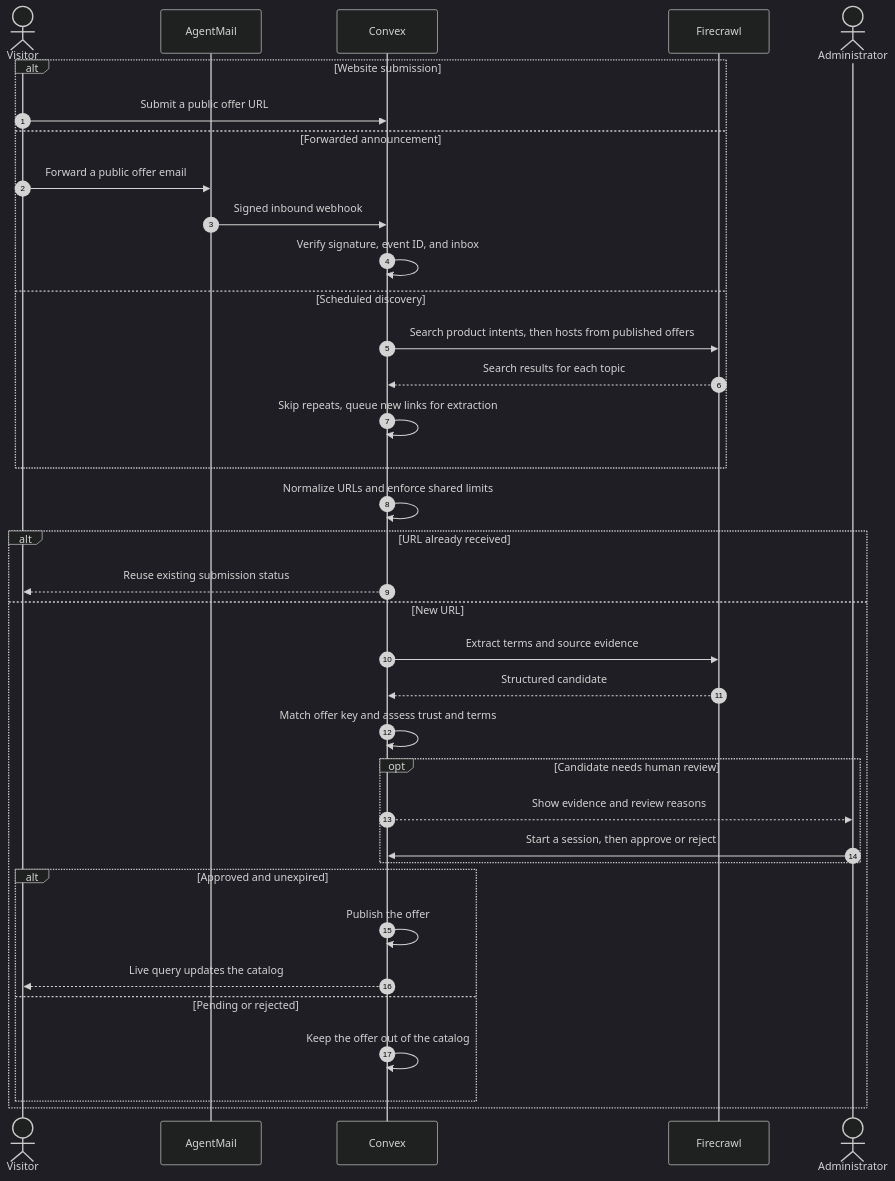
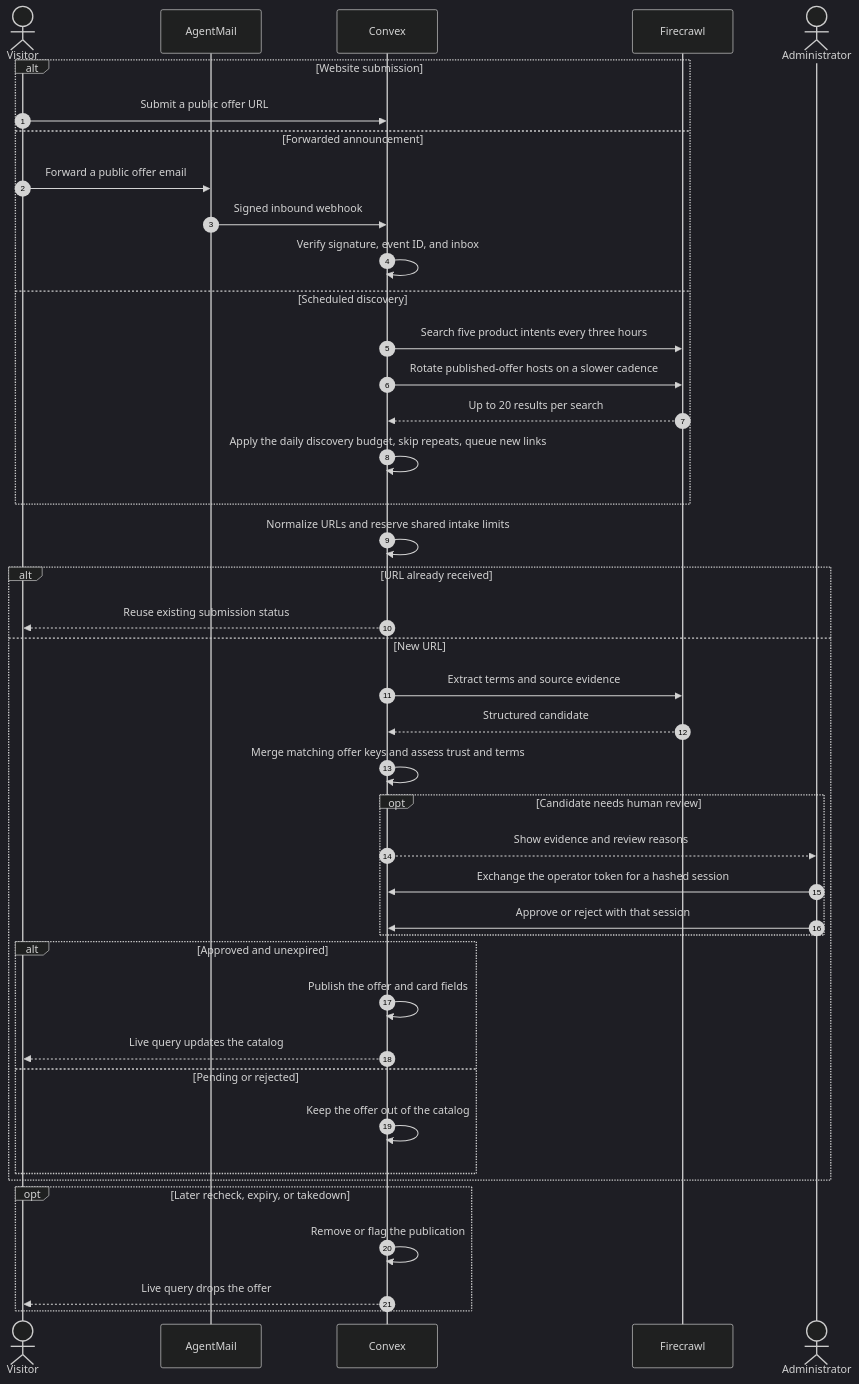
The second of 2 diagrams in README.md (sansynx/perkdrop-click), drawn with Mermaid (dark theme) before and after one commit. The commit also changed other lines of this file and 3 other files, not shown here.

Commit message:
Fix CI formatting and align intake diagrams.

````diff
--- a/README.md
+++ b/README.md
@@ -10,38 +23,44 @@
 ```mermaid
 sequenceDiagram
     autonumber
     actor Visitor
     participant Mail as AgentMail
     participant Backend as Convex
     participant Crawler as Firecrawl
     actor Admin as Administrator
     alt Website submission
         Visitor->>Backend: Submit a public offer URL
     else Forwarded announcement
         Visitor->>Mail: Forward a public offer email
         Mail->>Backend: Signed inbound webhook
         Backend->>Backend: Verify signature, event ID, and inbox
     else Scheduled discovery
-        Backend->>Crawler: Search product intents, then hosts from published offers
-        Crawler-->>Backend: Search results for each topic
-        Backend->>Backend: Skip repeats, queue new links for extraction
+        Backend->>Crawler: Search five product intents every three hours
+        Backend->>Crawler: Rotate published-offer hosts on a slower cadence
+        Crawler-->>Backend: Up to 20 results per search
+        Backend->>Backend: Apply the daily discovery budget, skip repeats, queue new links
     end
-    Backend->>Backend: Normalize URLs and enforce shared limits
+    Backend->>Backend: Normalize URLs and reserve shared intake limits
     alt URL already received
         Backend-->>Visitor: Reuse existing submission status
     else New URL
         Backend->>Crawler: Extract terms and source evidence
         Crawler-->>Backend: Structured candidate
-        Backend->>Backend: Match offer key and assess trust and terms
+        Backend->>Backend: Merge matching offer keys and assess trust and terms
         opt Candidate needs human review
             Backend-->>Admin: Show evidence and review reasons
-            Admin->>Backend: Start a session, then approve or reject
+            Admin->>Backend: Exchange the operator token for a hashed session
+            Admin->>Backend: Approve or reject with that session
         end
         alt Approved and unexpired
-            Backend->>Backend: Publish the offer
+            Backend->>Backend: Publish the offer and card fields
             Backend-->>Visitor: Live query updates the catalog
         else Pending or rejected
             Backend->>Backend: Keep the offer out of the catalog
         end
     end
+    opt Later recheck, expiry, or takedown
+        Backend->>Backend: Remove or flag the publication
+        Backend-->>Visitor: Live query drops the offer
+    end
 ```
````
